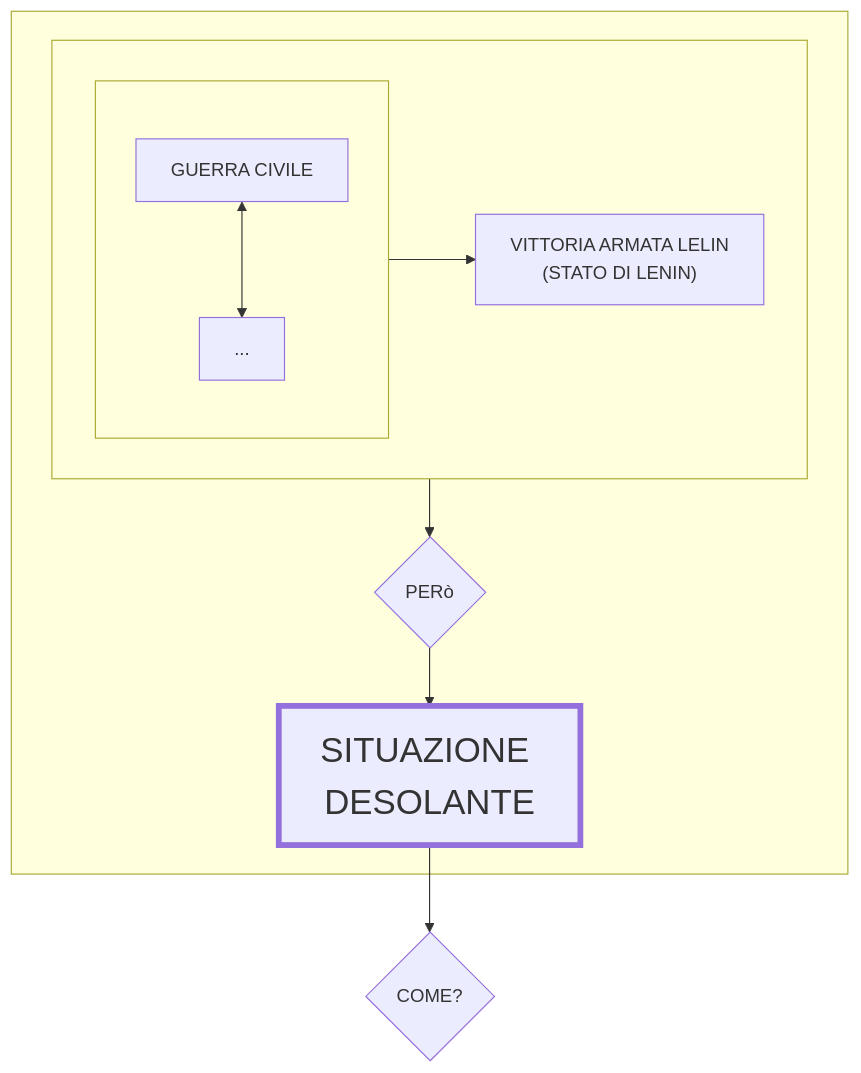
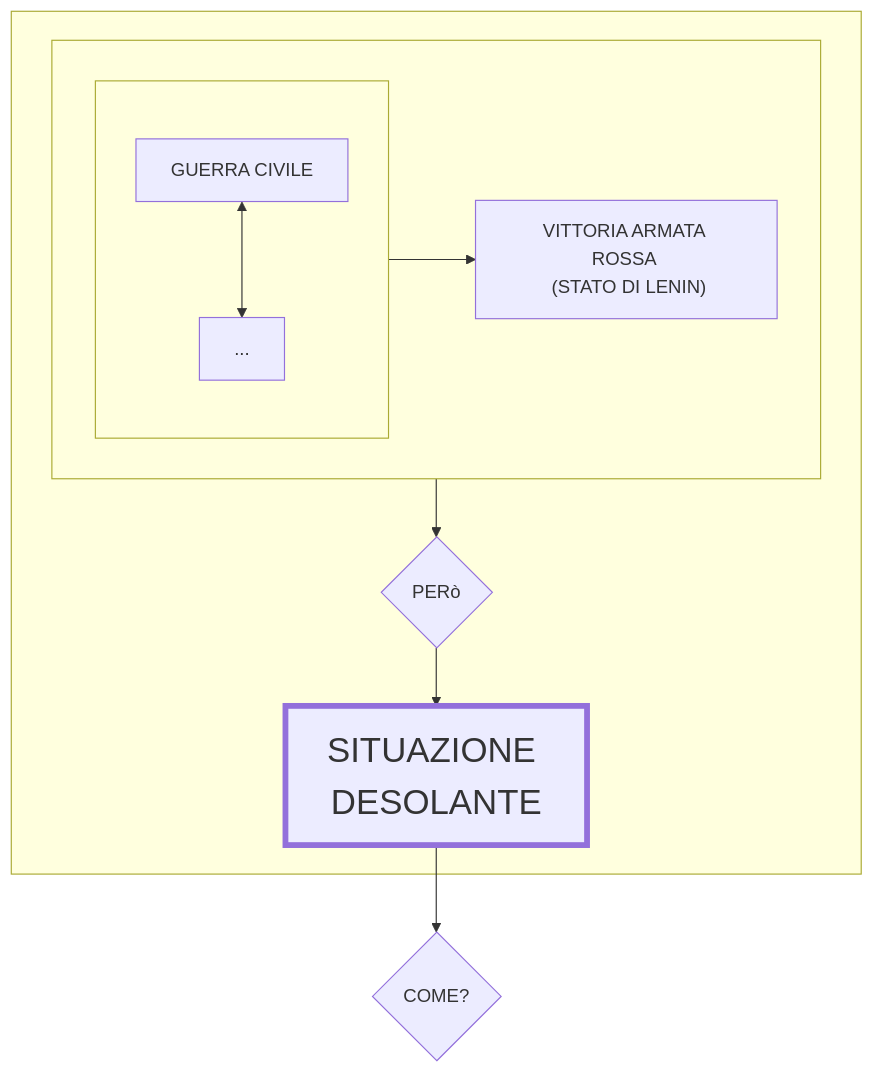
The diagram in prova.md (Laaouatni/ricerca-storia-MermaidJS), drawn with Mermaid before and after one commit.

````diff
--- a/prova.md
+++ b/prova.md
@@ -1,20 +1,20 @@
 ```mermaid
 flowchart TB
     classDef classGrande font-size: 30px, stroke-width: 5px;
     subgraph 017[" "]
       subgraph 016[" "]
         subgraph 01[" "]
           010[GUERRA CIVILE]
           0100[...]
           010 <--> 0100
         end
-        011["VITTORIA ARMATA LELIN <br> (STATO DI LENIN)"]
+        011["VITTORIA ARMATA ROSSA <br> (STATO DI LENIN)"]
         01 --> 011
       end
       016 --> 012 --> 013
       012{PERò}
       013[SITUAZIONE DESOLANTE]:::classGrande
     end
     013 --> 014
     014{COME?}
 ```
````
